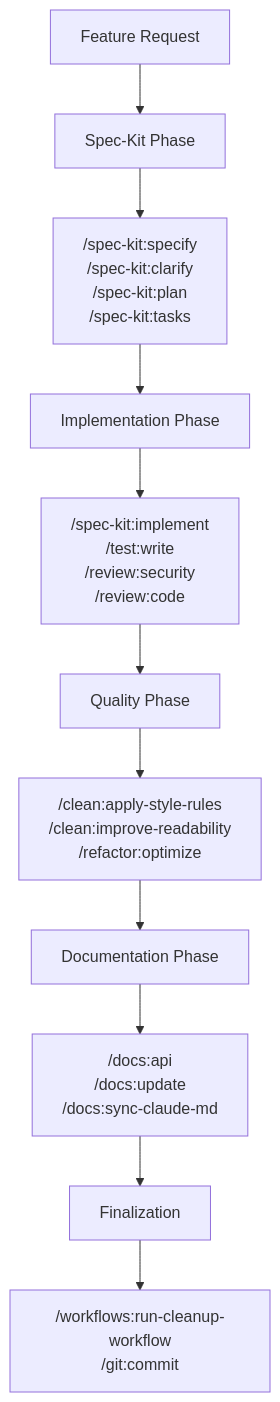
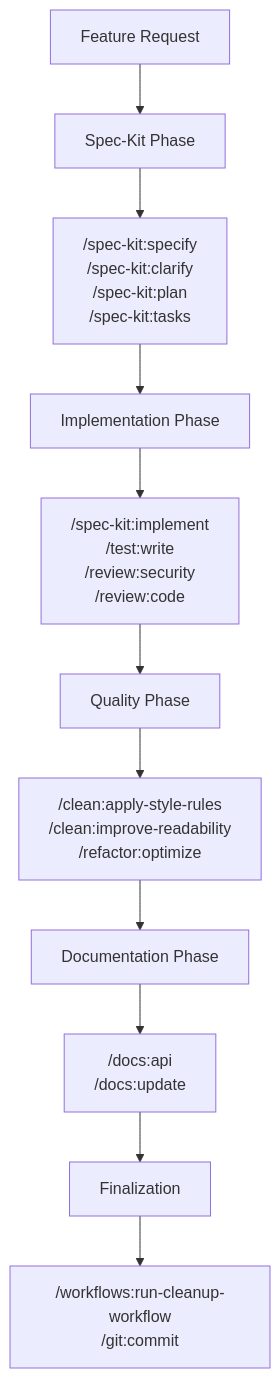
One commit to thomasholknielsen/claude-code-config changed diagram 29 of 31 in docs/developer-workflows.md. Above: the diagram before and after it, drawn with Mermaid. The commit also changed other lines of this file and 7 other files, not shown here.

````diff
--- a/docs/developer-workflows.md
+++ b/docs/developer-workflows.md
@@ -1211,17 +1208,17 @@
 ```mermaid
 graph TD
     A[Feature Request] --> B[Spec-Kit Phase]
     B --> C["/spec-kit:specify<br/>/spec-kit:clarify<br/>/spec-kit:plan<br/>/spec-kit:tasks"]
 
     C --> D[Implementation Phase]
     D --> E["/spec-kit:implement<br/>/test:write<br/>/review:security<br/>/review:code"]
 
     E --> F[Quality Phase]
     F --> G["/clean:apply-style-rules<br/>/clean:improve-readability<br/>/refactor:optimize"]
 
     G --> H[Documentation Phase]
-    H --> I["/docs:api<br/>/docs:update<br/>/docs:sync-claude-md"]
+    H --> I["/docs:api<br/>/docs:update"]
 
     I --> J[Finalization]
     J --> K["/workflows:run-cleanup-workflow<br/>/git:commit"]
 ```
````
